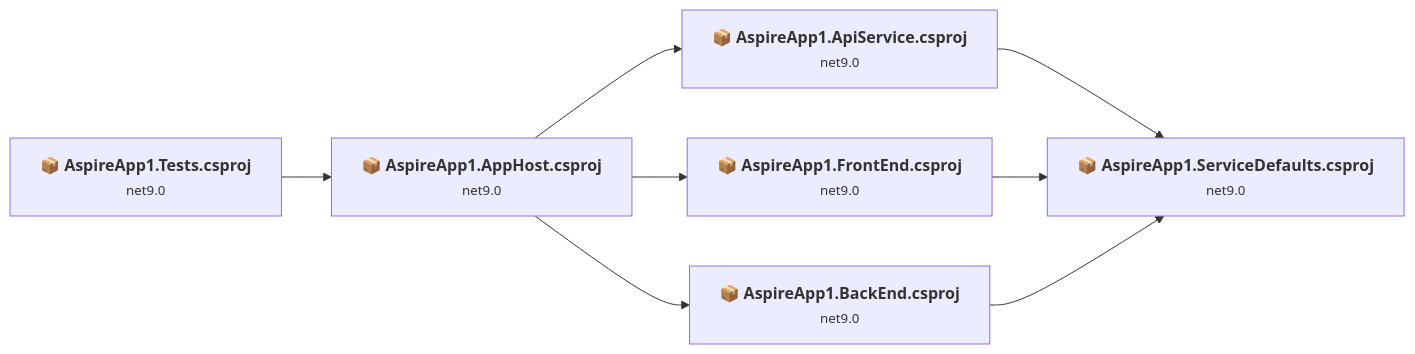
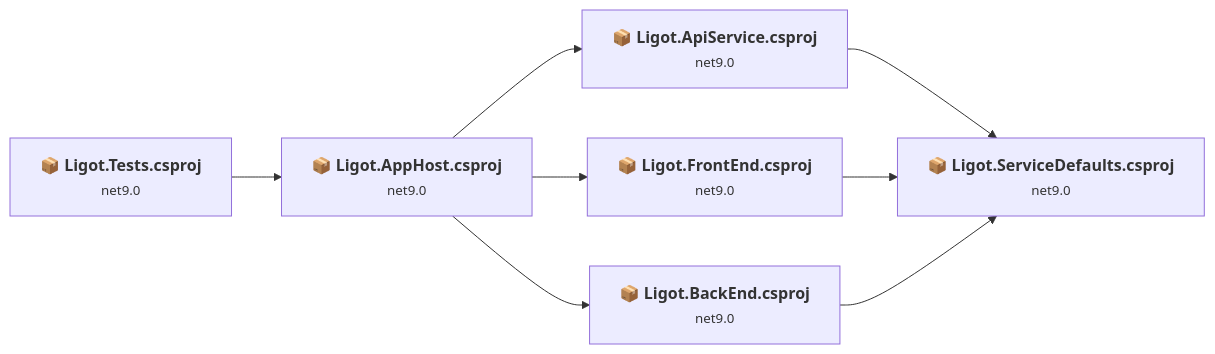
The first of 7 diagrams in .github/upgrades/assessment.md (TomizawaAtLogit/MyCRM), drawn with Mermaid before and after one commit. The commit also changed other lines of this file and 559 other files, not shown here.

Commit message:
Rename AspireApp1 → Ligot: projects, namespaces, solution, docs

````diff
--- a/.github/upgrades/assessment.md
+++ b/.github/upgrades/assessment.md
@@ -117,23 +117,23 @@
 ```mermaid
 flowchart LR
-    P1["<b>📦&nbsp;AspireApp1.AppHost.csproj</b><br/><small>net9.0</small>"]
-    P2["<b>📦&nbsp;AspireApp1.ServiceDefaults.csproj</b><br/><small>net9.0</small>"]
-    P3["<b>📦&nbsp;AspireApp1.ApiService.csproj</b><br/><small>net9.0</small>"]
-    P4["<b>📦&nbsp;AspireApp1.FrontEnd.csproj</b><br/><small>net9.0</small>"]
-    P5["<b>📦&nbsp;AspireApp1.Tests.csproj</b><br/><small>net9.0</small>"]
-    P6["<b>📦&nbsp;AspireApp1.BackEnd.csproj</b><br/><small>net9.0</small>"]
+    P1["<b>📦&nbsp;Ligot.AppHost.csproj</b><br/><small>net9.0</small>"]
+    P2["<b>📦&nbsp;Ligot.ServiceDefaults.csproj</b><br/><small>net9.0</small>"]
+    P3["<b>📦&nbsp;Ligot.ApiService.csproj</b><br/><small>net9.0</small>"]
+    P4["<b>📦&nbsp;Ligot.FrontEnd.csproj</b><br/><small>net9.0</small>"]
+    P5["<b>📦&nbsp;Ligot.Tests.csproj</b><br/><small>net9.0</small>"]
+    P6["<b>📦&nbsp;Ligot.BackEnd.csproj</b><br/><small>net9.0</small>"]
     P1 --> P3
     P1 --> P4
     P1 --> P6
     P3 --> P2
     P4 --> P2
     P5 --> P1
     P6 --> P2
-    click P1 "#aspireapp1apphostaspireapp1apphostcsproj"
-    click P2 "#aspireapp1servicedefaultsaspireapp1servicedefaultscsproj"
-    click P3 "#aspireapp1apiserviceaspireapp1apiservicecsproj"
-    click P4 "#aspireapp1webaspireapp1frontendcsproj"
-    click P5 "#aspireapp1testsaspireapp1testscsproj"
-    click P6 "#aspireapp1dbapiaspireapp1backendcsproj"
+    click P1 "#LigotapphostLigotapphostcsproj"
+    click P2 "#LigotservicedefaultsLigotservicedefaultscsproj"
+    click P3 "#LigotapiserviceLigotapiservicecsproj"
+    click P4 "#LigotwebLigotfrontendcsproj"
+    click P5 "#LigottestsLigottestscsproj"
+    click P6 "#LigotdbapiLigotbackendcsproj"
 
 ```
````
